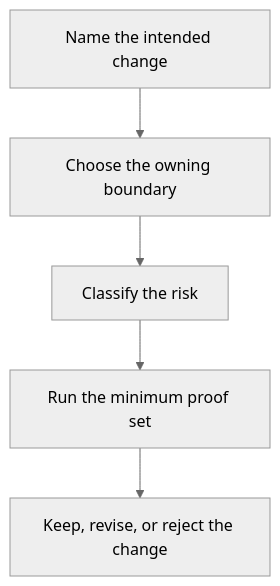
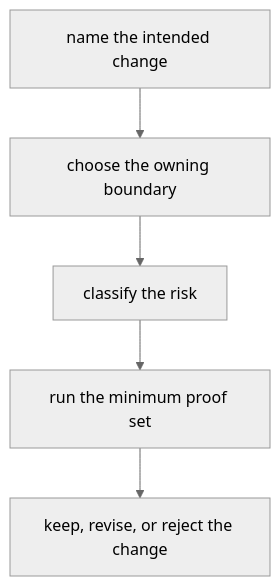
One commit to bijux/bijux-masterclass changed the diagram in programs/reproducible-research/deep-dive-snakemake/course-book/capstone/capstone-extension-guide.md. Above: the diagram before and after it, drawn with Mermaid (neutral theme). The commit also changed other lines of this file, not shown here.

````diff
--- a/programs/reproducible-research/deep-dive-snakemake/course-book/capstone/capstone-extension-guide.md
+++ b/programs/reproducible-research/deep-dive-snakemake/course-book/capstone/capstone-extension-guide.md
@@ -23,7 +37,7 @@
 ```mermaid
 flowchart TD
-  change["Name the intended change"] --> owner["Choose the owning boundary"]
-  owner --> risk["Classify the risk"]
-  risk --> proof["Run the minimum proof set"]
-  proof --> decision["Keep, revise, or reject the change"]
+  change["name the intended change"] --> owner["choose the owning boundary"]
+  owner --> risk["classify the risk"]
+  risk --> proof["run the minimum proof set"]
+  proof --> decision["keep, revise, or reject the change"]
 ```
````
